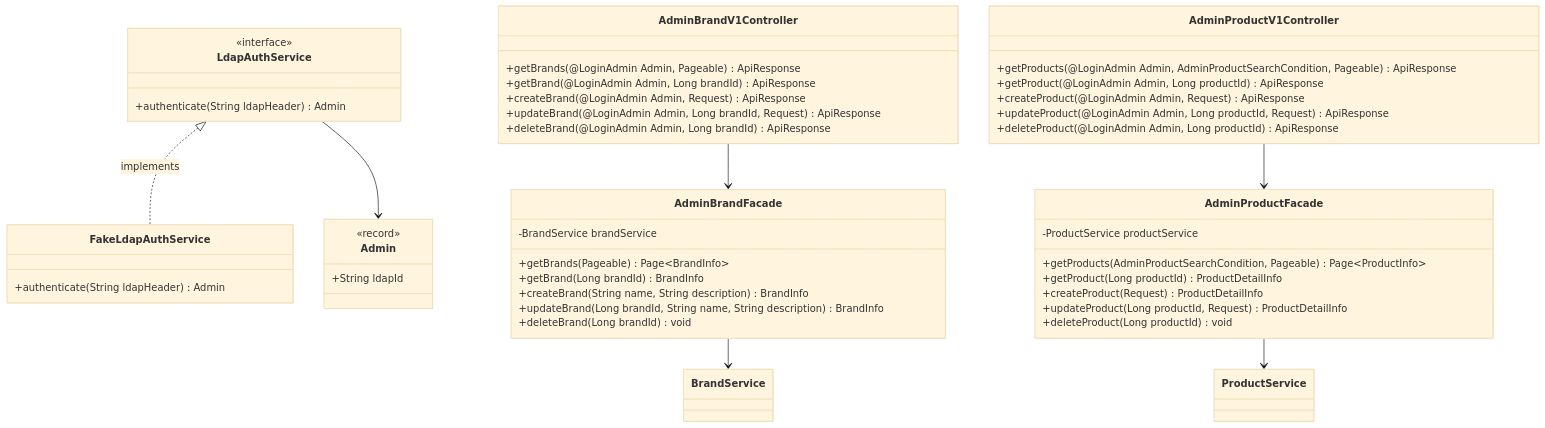
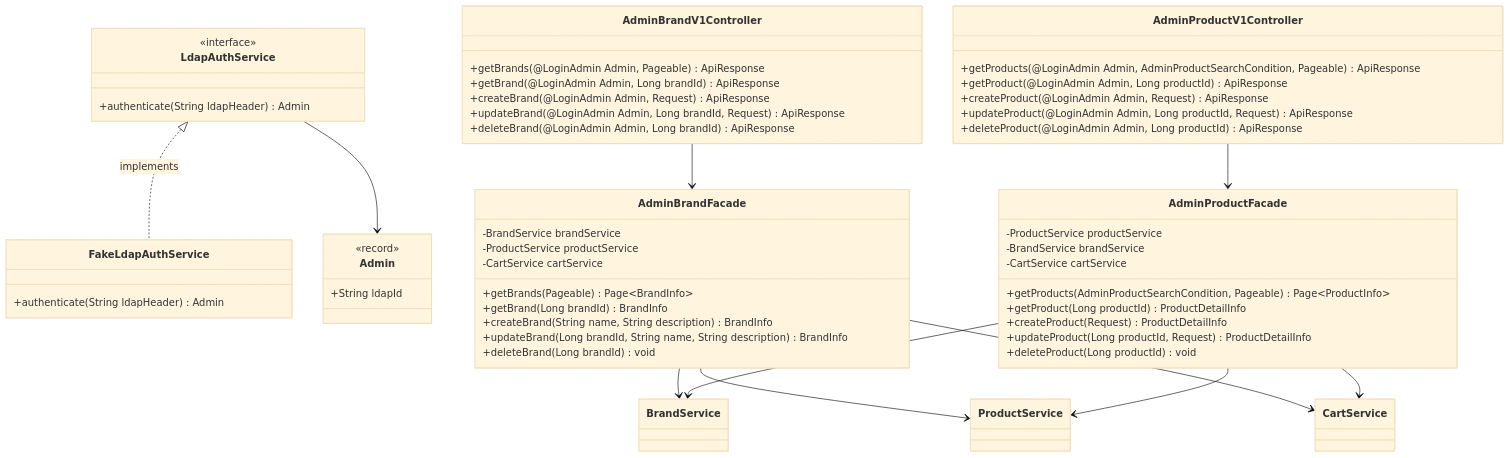
One commit to jsj1215/loop-pack-be-l2-vol3-java changed the seventh of 7 diagrams in docs/design/03-class-diagram.md. Above: the diagram before and after it, drawn with Mermaid (base theme). The commit also changed other lines of this file and 1 other file, not shown here.

````diff
--- a/docs/design/03-class-diagram.md
+++ b/docs/design/03-class-diagram.md
@@ -519,61 +525,69 @@
 ```mermaid
 classDiagram
     direction TB
 
     class LdapAuthService {
         <<interface>>
         +authenticate(String ldapHeader) Admin
     }
 
     class FakeLdapAuthService {
         +authenticate(String ldapHeader) Admin
     }
 
     class Admin {
         <<record>>
         +String ldapId
     }
 
     class AdminBrandV1Controller {
         +getBrands(@LoginAdmin Admin, Pageable) ApiResponse
         +getBrand(@LoginAdmin Admin, Long brandId) ApiResponse
         +createBrand(@LoginAdmin Admin, Request) ApiResponse
         +updateBrand(@LoginAdmin Admin, Long brandId, Request) ApiResponse
         +deleteBrand(@LoginAdmin Admin, Long brandId) ApiResponse
     }
 
     class AdminProductV1Controller {
         +getProducts(@LoginAdmin Admin, AdminProductSearchCondition, Pageable) ApiResponse
         +getProduct(@LoginAdmin Admin, Long productId) ApiResponse
         +createProduct(@LoginAdmin Admin, Request) ApiResponse
         +updateProduct(@LoginAdmin Admin, Long productId, Request) ApiResponse
         +deleteProduct(@LoginAdmin Admin, Long productId) ApiResponse
     }
 
     class AdminBrandFacade {
         -BrandService brandService
+        -ProductService productService
+        -CartService cartService
         +getBrands(Pageable) Page~BrandInfo~
         +getBrand(Long brandId) BrandInfo
         +createBrand(String name, String description) BrandInfo
         +updateBrand(Long brandId, String name, String description) BrandInfo
         +deleteBrand(Long brandId) void
     }
 
     class AdminProductFacade {
         -ProductService productService
+        -BrandService brandService
+        -CartService cartService
         +getProducts(AdminProductSearchCondition, Pageable) Page~ProductInfo~
         +getProduct(Long productId) ProductDetailInfo
         +createProduct(Request) ProductDetailInfo
         +updateProduct(Long productId, Request) ProductDetailInfo
         +deleteProduct(Long productId) void
     }
 
     LdapAuthService <|.. FakeLdapAuthService : implements
     LdapAuthService --> Admin
 
     AdminBrandV1Controller --> AdminBrandFacade
     AdminProductV1Controller --> AdminProductFacade
 
     AdminBrandFacade --> BrandService
+    AdminBrandFacade --> ProductService
+    AdminBrandFacade --> CartService
     AdminProductFacade --> ProductService
+    AdminProductFacade --> BrandService
+    AdminProductFacade --> CartService
 ```
````
